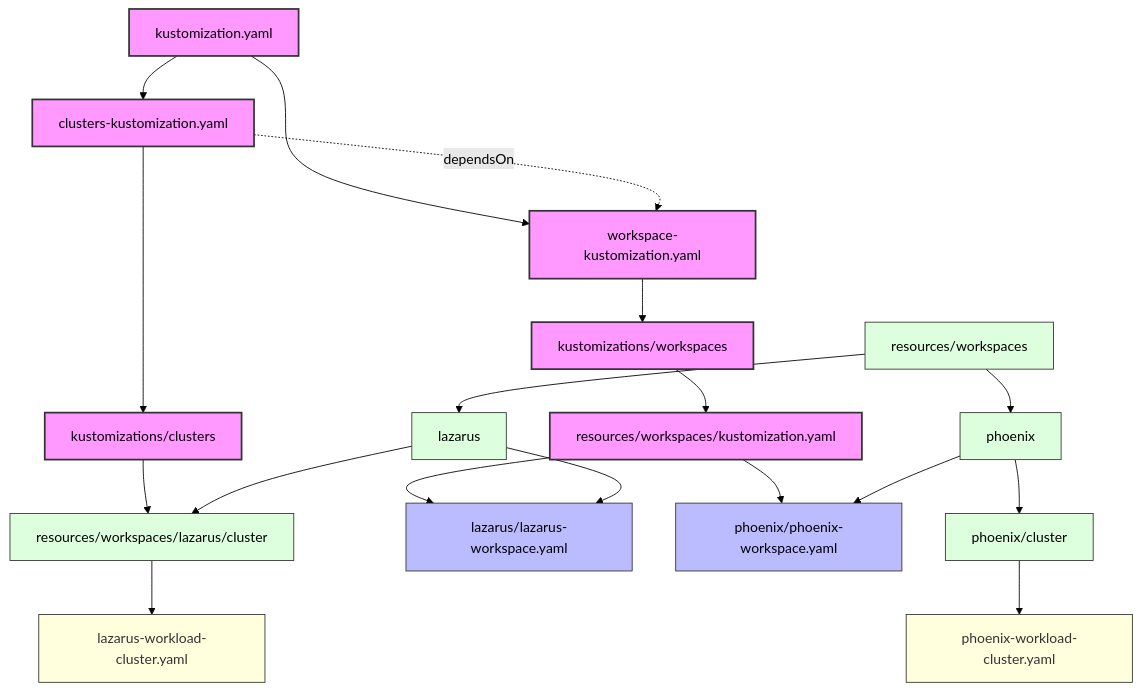
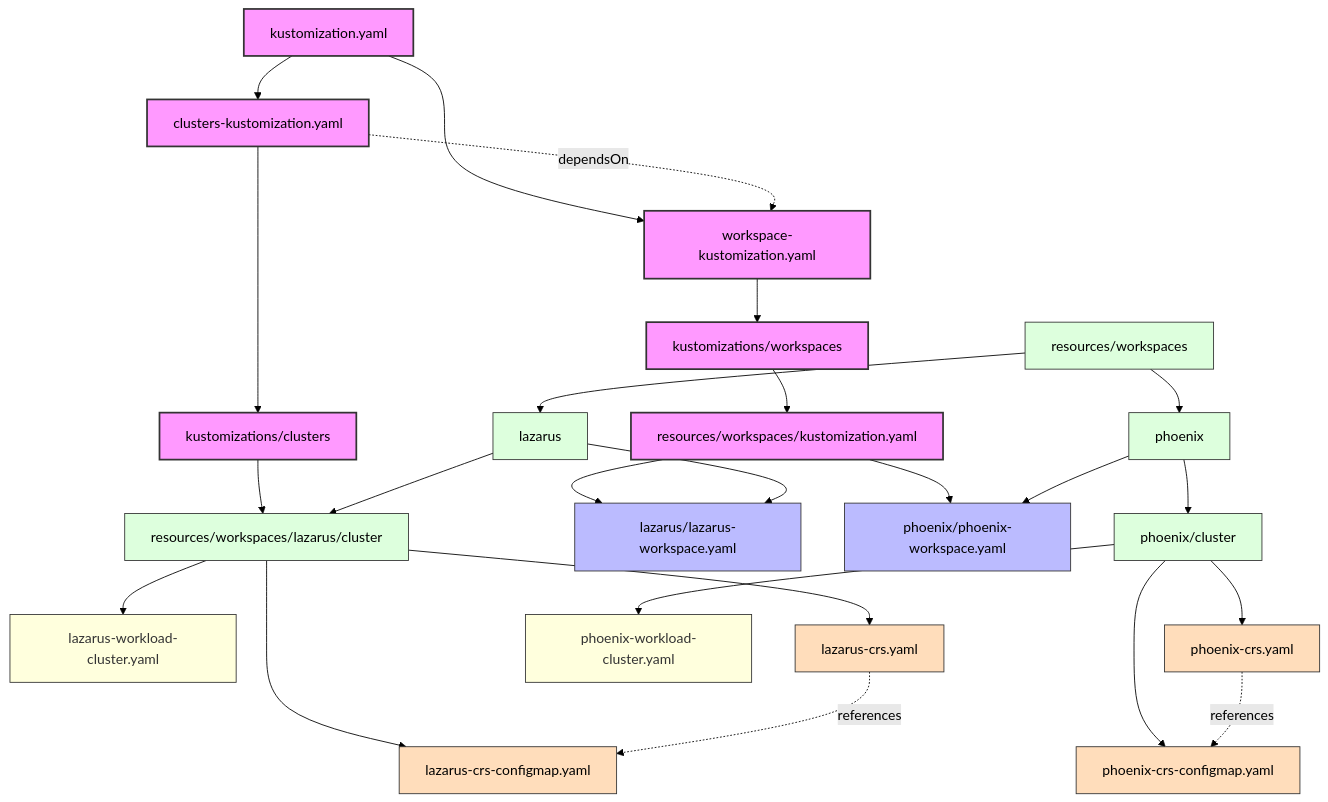
The diagram in README.md (WinsonSou/lazarus-cluster-gitops-pro), drawn with Mermaid (forest theme) before and after one commit.

Commit message:
Update Mermaid diagram with ClusterResourceSet resources and relationships

````diff
--- a/README.md
+++ b/README.md
@@ -9,48 +9,60 @@
 ```mermaid
 graph TD
     %% Main kustomization files
     A[kustomization.yaml] --> B[workspace-kustomization.yaml]
     A --> C[clusters-kustomization.yaml]
     
     %% Workspace kustomization path
     B --> D[kustomizations/workspaces]
     D --> E[resources/workspaces/kustomization.yaml]
     
     %% Clusters kustomization path
     C --> F[kustomizations/clusters]
     F --> G[resources/workspaces/lazarus/cluster]
     
     %% Dependency relationship
     C -.-> |dependsOn| B
     
     %% Resources kustomization
     E --> WL[lazarus/lazarus-workspace.yaml]
     E --> WP[phoenix/phoenix-workspace.yaml]
     
     %% Workspace directories
     W[resources/workspaces] --> L[lazarus]
     W --> P[phoenix]
     
     %% Lazarus workspace resources
     L --> WL
     L --> G
     
     %% Phoenix workspace resources
     P --> WP
     P --> PC[phoenix/cluster]
     
-    %% Clusters content
+    %% Lazarus cluster resources
     G --> LC[lazarus-workload-cluster.yaml]
+    G --> LCRS[lazarus-crs.yaml]
+    G --> LCRSM[lazarus-crs-configmap.yaml]
+    
+    %% Phoenix cluster resources
     PC --> PCC[phoenix-workload-cluster.yaml]
+    PC --> PCRS[phoenix-crs.yaml]
+    PC --> PCRSM[phoenix-crs-configmap.yaml]
+    
+    %% ClusterResourceSet relationships
+    LCRS -.-> |references| LCRSM
+    PCRS -.-> |references| PCRSM
     
     %% Styling
     classDef kustomization fill:#f9f,stroke:#333,stroke-width:2px
     classDef resource fill:#bbf,stroke:#333,stroke-width:1px
     classDef directory fill:#dfd,stroke:#333,stroke-width:1px
     classDef cluster fill:#ffd,stroke:#333,stroke-width:1px
+    classDef crs fill:#fdb,stroke:#333,stroke-width:1px
     
     class A,B,C,D,E,F kustomization
     class W,L,P,G,PC directory
     class WL,WP resource
     class LC,PCC cluster
+    class LCRS,PCRS,LCRSM,PCRSM crs
 ```
````
